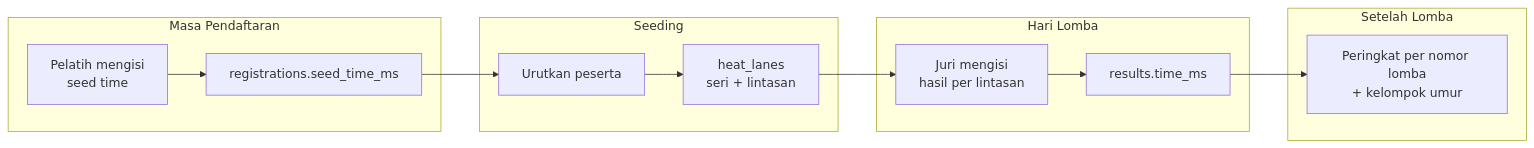
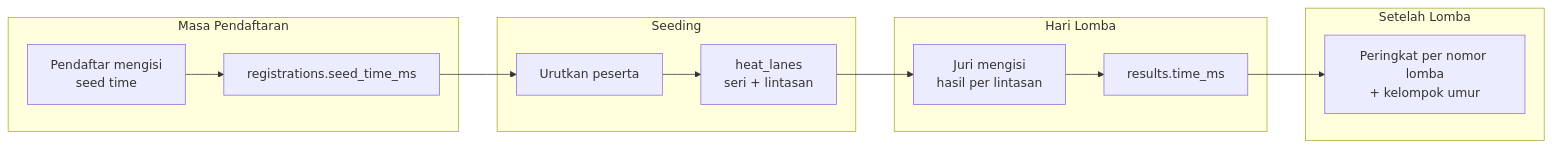
One commit to arroofi07/searia changed the first of 2 diagrams in docs/06-catatan-waktu.md. Above: the diagram before and after it, drawn with Mermaid. The commit also changed other lines of this file and 183 other files, not shown here.

````diff
--- a/docs/06-catatan-waktu.md
+++ b/docs/06-catatan-waktu.md
@@ -17,15 +17,15 @@
 ```mermaid
 flowchart LR
     subgraph pendaftaran [Masa Pendaftaran]
-        Pelatih["Pelatih mengisi<br/>seed time"] --> Reg["registrations.seed_time_ms"]
+        Pendaftar["Pendaftar mengisi<br/>seed time"] --> Reg["registrations.seed_time_ms"]
     end
     subgraph seeding [Seeding]
         Reg --> Urut["Urutkan peserta"] --> Lane["heat_lanes<br/>seri + lintasan"]
     end
     subgraph lomba [Hari Lomba]
         Lane --> Juri["Juri mengisi<br/>hasil per lintasan"] --> Res["results.time_ms"]
     end
     subgraph hasil [Setelah Lomba]
         Res --> Rank["Peringkat per nomor lomba<br/>+ kelompok umur"]
     end
 ```
````
